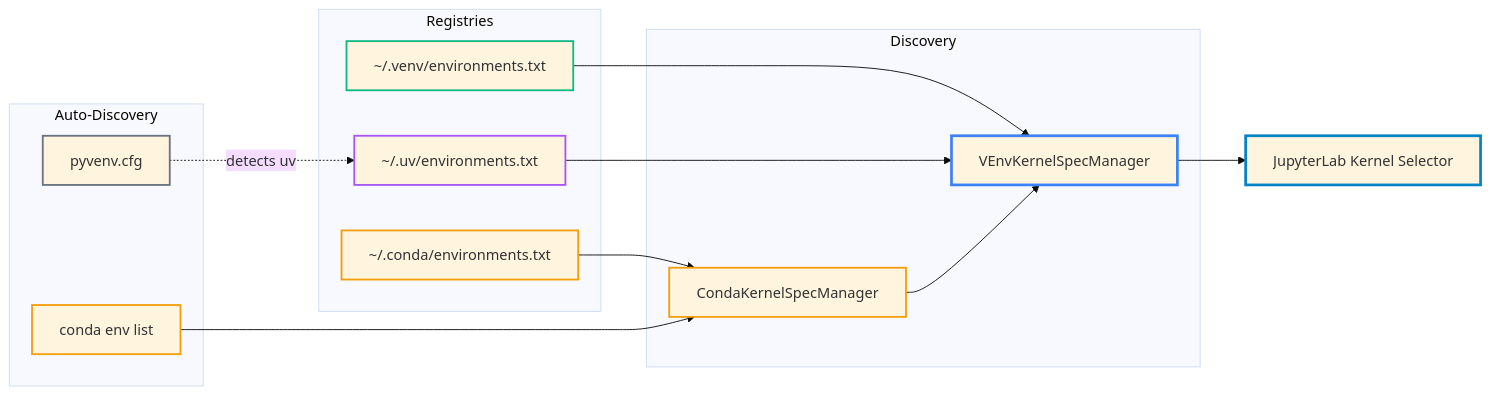
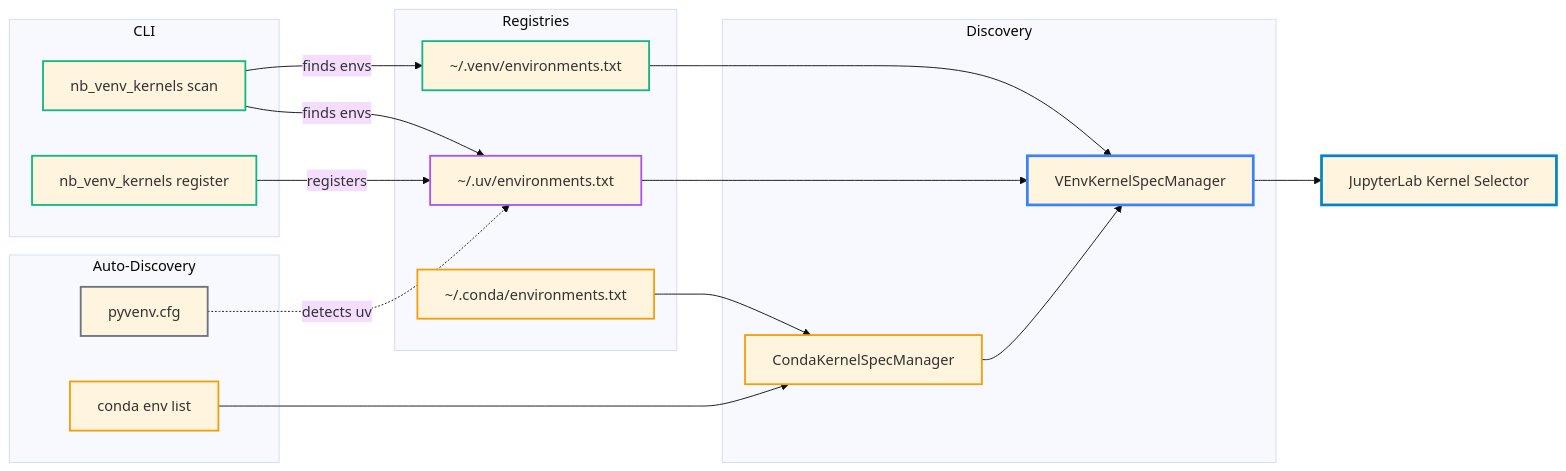
One commit to stellarshenson/nb_venv_kernels changed the diagram in README.md. Above: the diagram before and after it, drawn with Mermaid (base theme). The commit also changed other lines of this file and 7 other files, not shown here.

````diff
--- a/README.md
+++ b/README.md
@@ -79,35 +114,45 @@
 ```mermaid
 flowchart LR
+    subgraph CLI
+        SCAN[nb_venv_kernels scan]
+        REG[nb_venv_kernels register]
+    end
+
     subgraph Registries
         VENV[~/.venv/environments.txt]
         UV[~/.uv/environments.txt]
         CONDA_REG[~/.conda/environments.txt]
     end
 
     subgraph Auto-Discovery
         CONDA_ENV[conda env list]
         PYVENV[pyvenv.cfg]
     end
 
     subgraph Discovery
         KSPM[VEnvKernelSpecManager]
         CKSPM[CondaKernelSpecManager]
     end
 
+    SCAN -->|finds envs| VENV
+    SCAN -->|finds envs| UV
+    REG -->|registers| UV
+    PYVENV -.->|detects uv| UV
     VENV --> KSPM
     UV --> KSPM
-    PYVENV -.->|detects uv| UV
     CONDA_REG --> CKSPM
     CONDA_ENV --> CKSPM
     CKSPM --> KSPM
     KSPM --> JL[JupyterLab Kernel Selector]
 
+    style SCAN stroke:#10b981,stroke-width:2px
+    style REG stroke:#10b981,stroke-width:2px
     style VENV stroke:#10b981,stroke-width:2px
     style UV stroke:#a855f7,stroke-width:2px
     style CONDA_REG stroke:#f59e0b,stroke-width:2px
     style CONDA_ENV stroke:#f59e0b,stroke-width:2px
     style PYVENV stroke:#6b7280,stroke-width:2px
     style KSPM stroke:#3b82f6,stroke-width:3px
     style CKSPM stroke:#f59e0b,stroke-width:2px
     style JL stroke:#0284c7,stroke-width:3px
 ```
````
